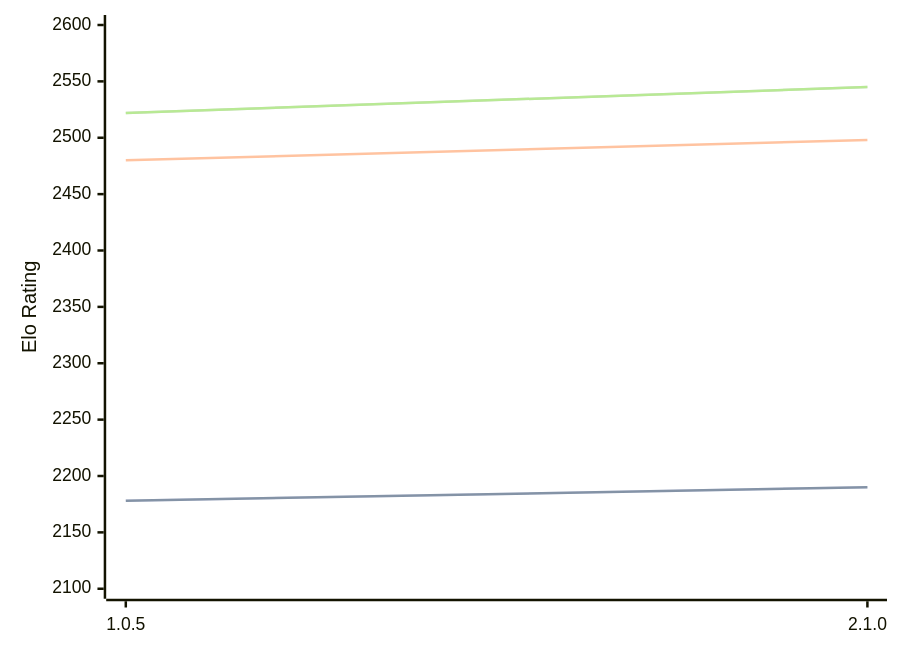
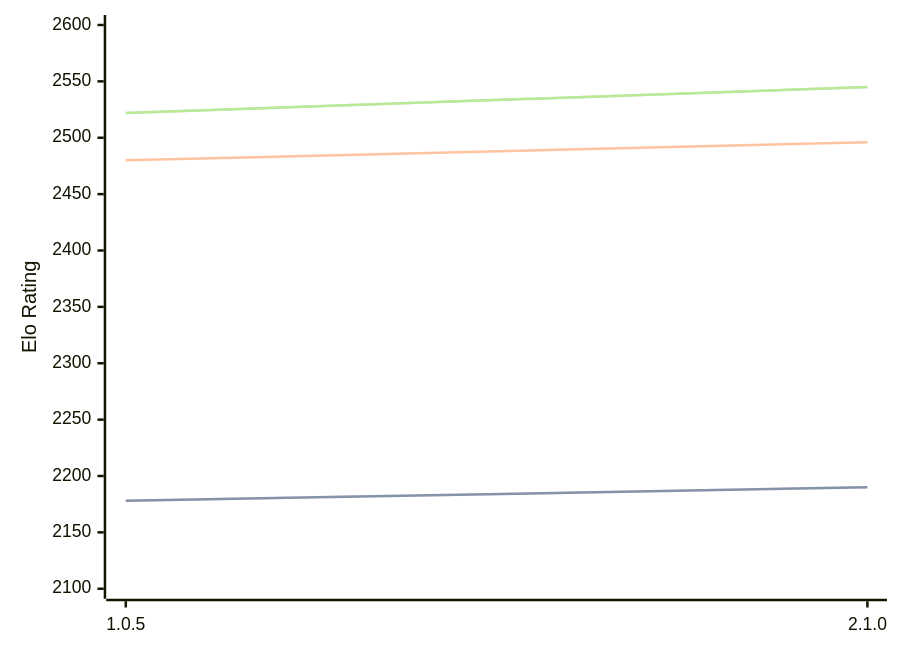
One commit to computer-chess-index/cci changed the diagram in engines/Ruffian.md. Above: the diagram before and after it, drawn with Mermaid. The commit also changed other lines of this file, not shown here.

````diff
--- a/engines/Ruffian.md
+++ b/engines/Ruffian.md
@@ -32,11 +32,11 @@
 ```mermaid
 %%{init: {"theme":"base","themeVariables":{"seriesColors:['#a3a3a3','#222221','#faa371']}}}%%
 xychart-beta
   x-axis ["1.0.5", "2.1.0"]
   y-axis "Elo Rating" 2100 --> 2600
   line "STC (8.0+0.08s)" [2178, 2190]
   line "STC (8.0+0.08s)" [2178, 2190]
-  line "LTC (60.0+0.60s)" [2480, 2498]
+  line "LTC (60.0+0.60s)" [2480, 2496]
   line "VLTC (2m24s+1.12s)" [2522, 2545]
   line "VLTC (2m24s+1.12s)" [2522, 2545]
 ```
````
